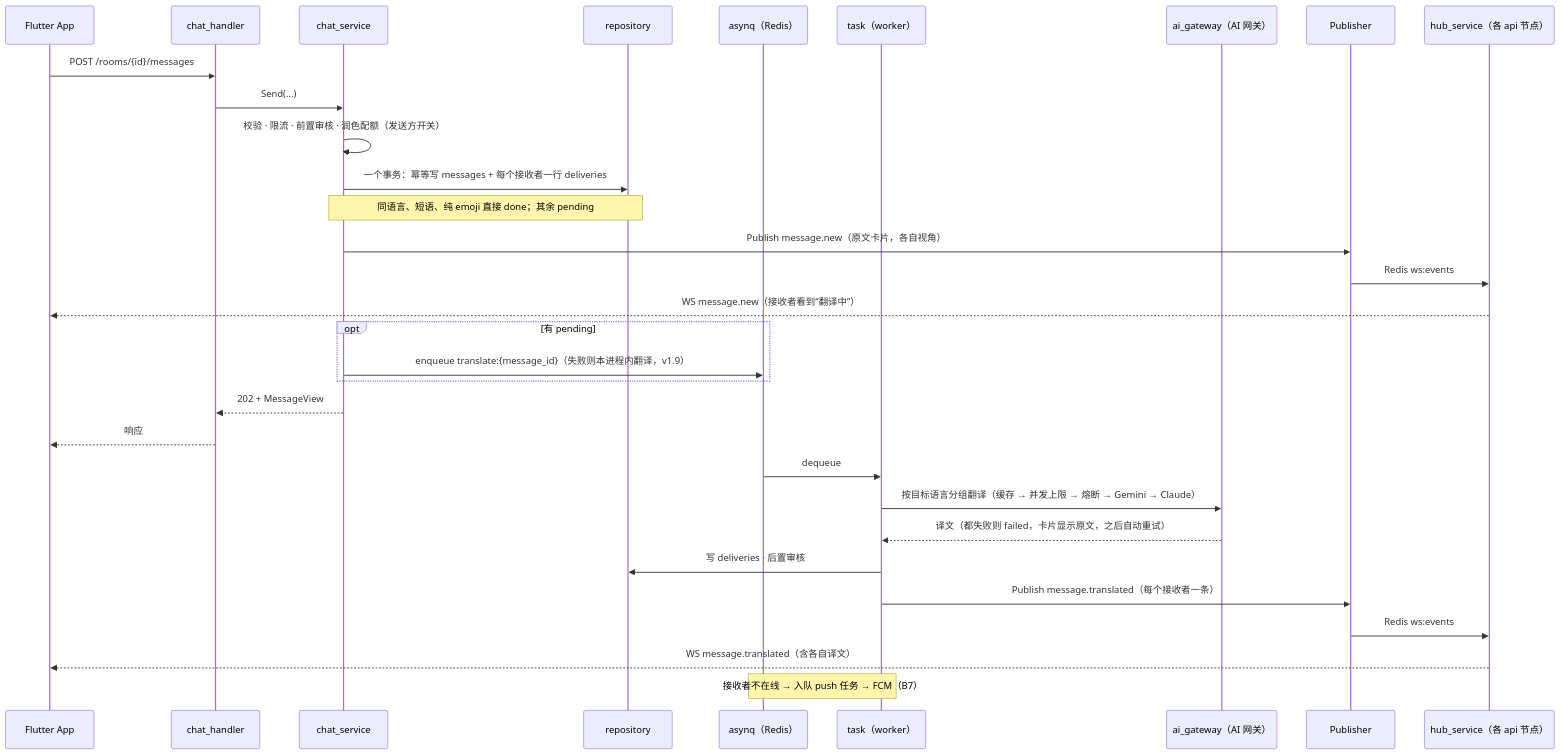
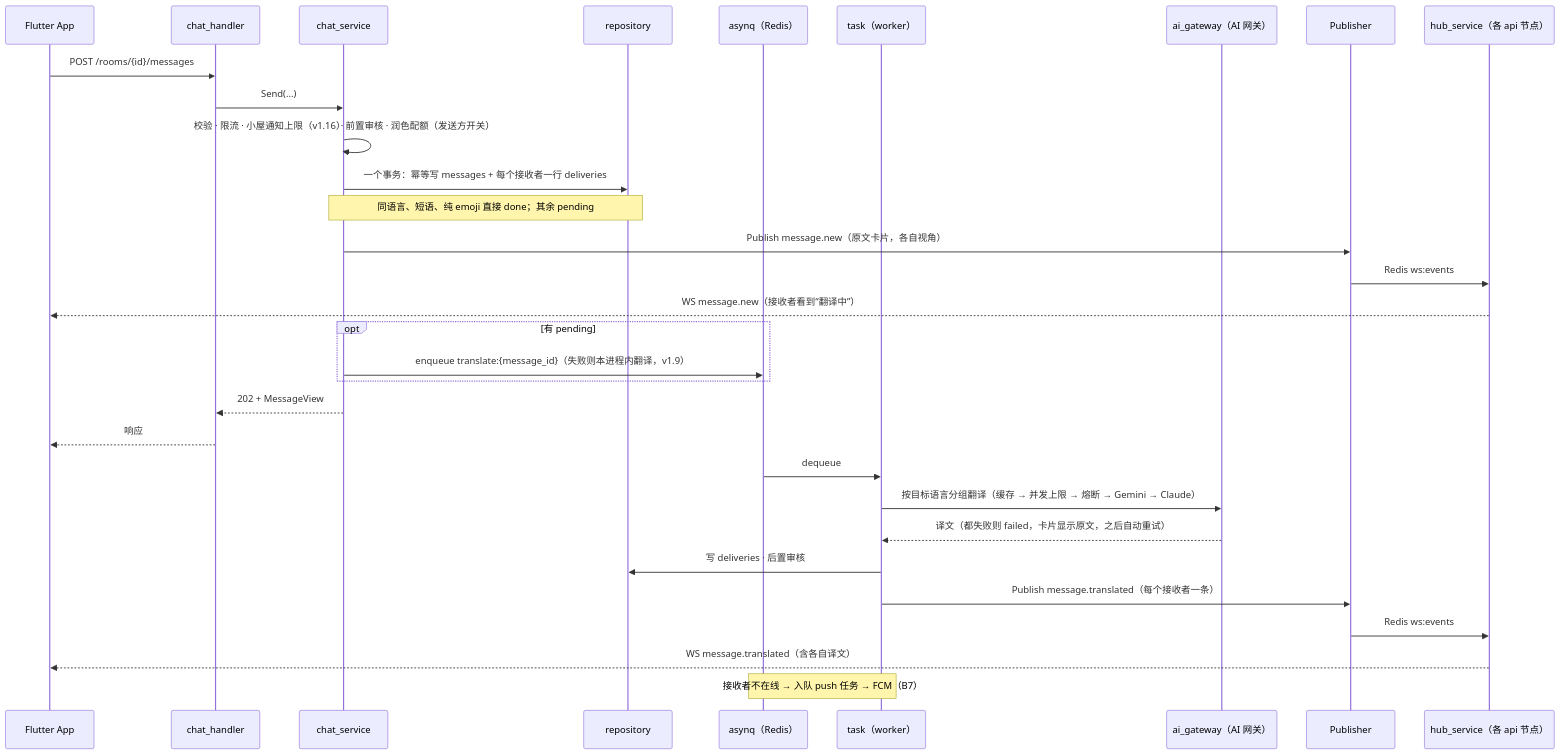
Before and after one commit to jinheng0301/PetBridge_frontend: the fourth of 5 diagrams in 后端技术设计文档（TRD）：PetBridge.md, drawn with Mermaid. The commit also changed other lines of this file and 5 other files, not shown here.

````diff
--- a/后端技术设计文档（TRD）：PetBridge.md
+++ b/后端技术设计文档（TRD）：PetBridge.md
@@ -253,35 +253,35 @@
 ```mermaid
 sequenceDiagram
     participant C as Flutter App
     participant H as chat_handler
     participant S as chat_service
     participant R as repository
     participant Q as asynq（Redis）
     participant T as task（worker）
     participant AI as ai_gateway（AI 网关）
     participant Pub as Publisher
     participant Hub as hub_service（各 api 节点）
 
     C->>H: POST /rooms/{id}/messages
     H->>S: Send(...)
-    S->>S: 校验 · 限流 · 前置审核 · 润色配额（发送方开关）
+    S->>S: 校验 · 限流 · 小屋通知上限（v1.16）· 前置审核 · 润色配额（发送方开关）
     S->>R: 一个事务：幂等写 messages + 每个接收者一行 deliveries
     Note over S,R: 同语言、短语、纯 emoji 直接 done；其余 pending
     S->>Pub: Publish message.new（原文卡片，各自视角）
     Pub->>Hub: Redis ws:events
     Hub-->>C: WS message.new（接收者看到“翻译中”）
     opt 有 pending
         S->>Q: enqueue translate:{message_id}（失败则本进程内翻译，v1.9）
     end
     S-->>H: 202 + MessageView
     H-->>C: 响应
 
     Q->>T: dequeue
     T->>AI: 按目标语言分组翻译（缓存 → 并发上限 → 熔断 → Gemini → Claude）
     AI-->>T: 译文（都失败则 failed，卡片显示原文，之后自动重试）
     T->>R: 写 deliveries · 后置审核
     T->>Pub: Publish message.translated（每个接收者一条）
     Pub->>Hub: Redis ws:events
     Hub-->>C: WS message.translated（含各自译文）
     Note over T,Q: 接收者不在线 → 入队 push 任务 → FCM（B7）
 ```
````
